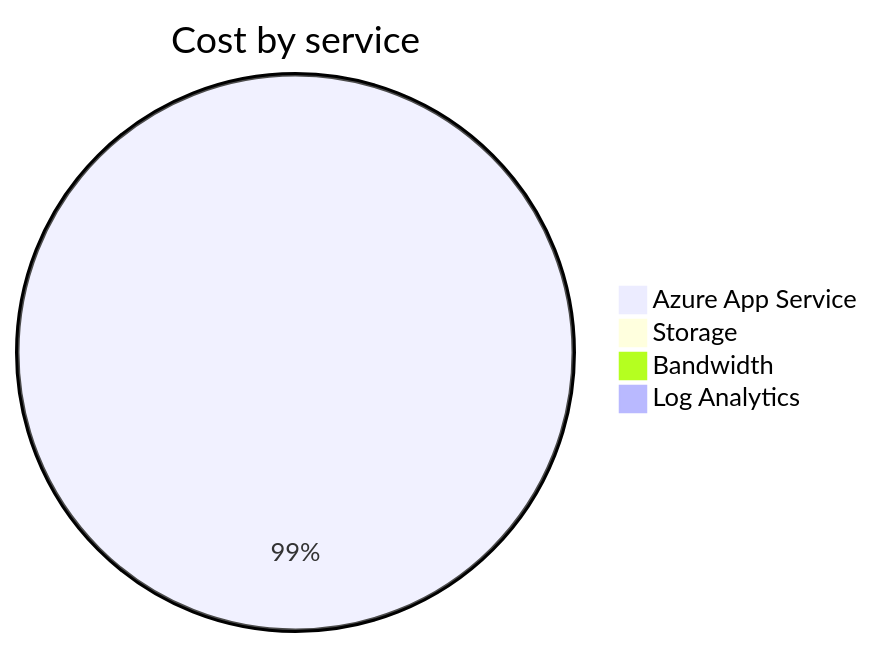
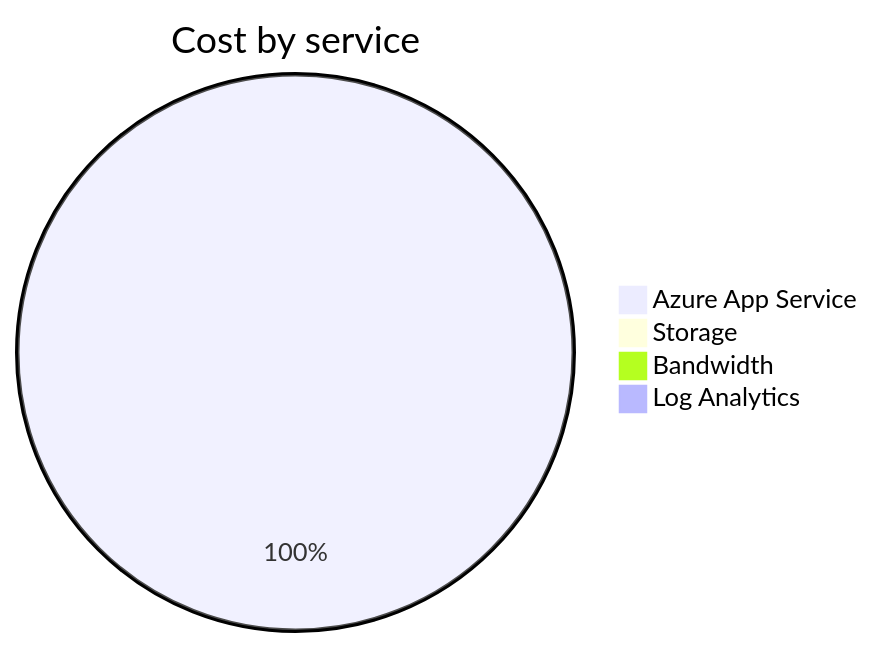
The second of 4 diagrams in cost-reports/personal-site/README.md (jpfulton/azure-personal-reports), drawn with Mermaid before and after one commit. The commit also changed other lines of this file and 6 other files, not shown here.

````diff
--- a/cost-reports/personal-site/README.md
+++ b/cost-reports/personal-site/README.md
@@ -94,8 +94,8 @@
 ```mermaid
 pie
    title Cost by service
-   "Azure App Service" : 1.70
+   "Azure App Service" : 2.32
    "Storage" : 0.01
    "Bandwidth" : 0.00
    "Log Analytics" : 0.00
 ```
````
